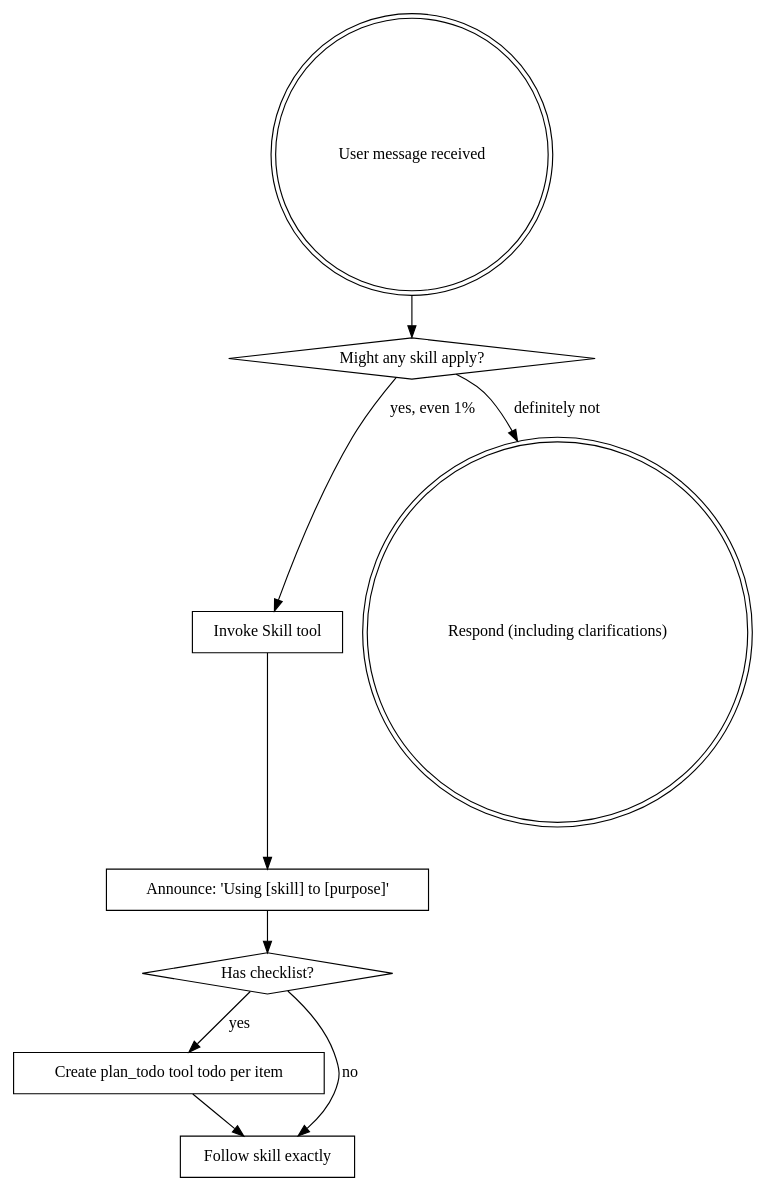
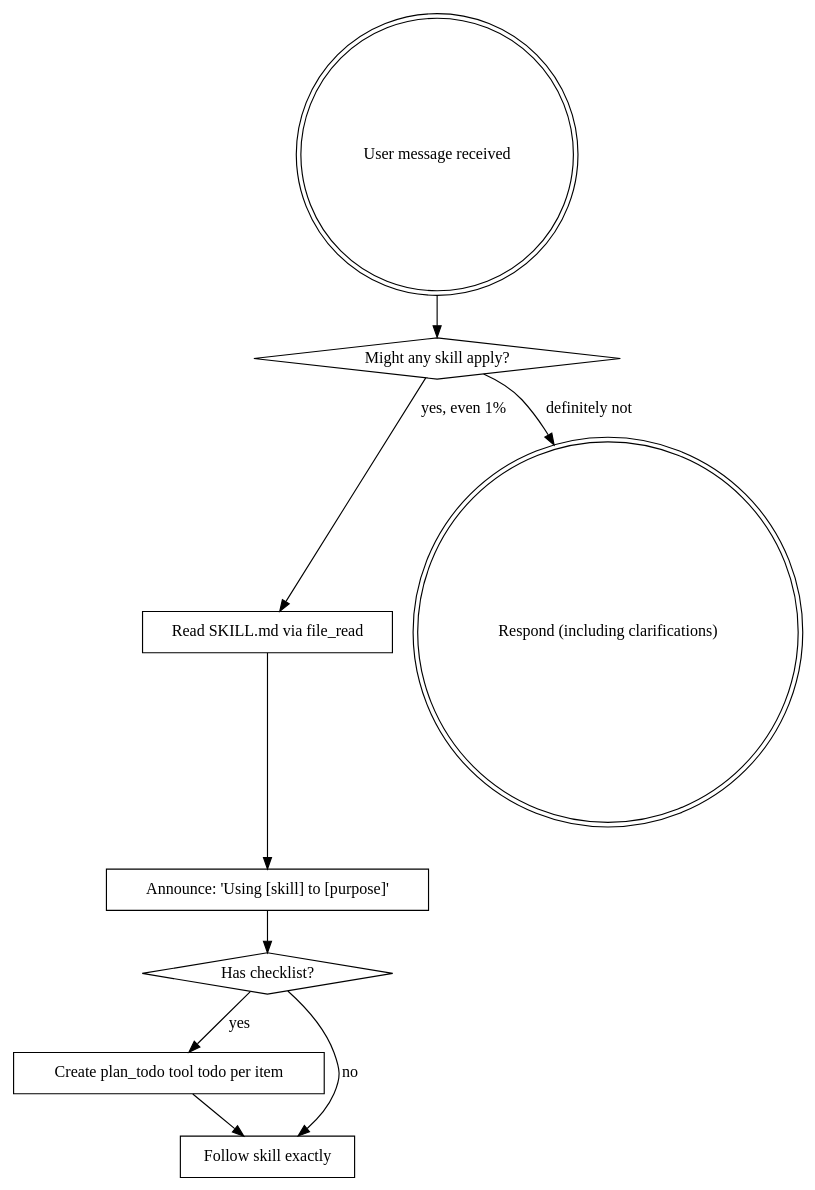
Before and after one commit to njbinbin-piscis/AgentZ: the diagram in bundled/preinstall/skills/using-superpowers/SKILL.md, drawn with Graphviz. The commit also changed other lines of this file and 38 other files, not shown here.

````diff
--- a/bundled/preinstall/skills/using-superpowers/SKILL.md
+++ b/bundled/preinstall/skills/using-superpowers/SKILL.md
@@ -30,21 +31,21 @@
 ```dot
 digraph skill_flow {
     "User message received" [shape=doublecircle];
     "Might any skill apply?" [shape=diamond];
-    "Invoke Skill tool" [shape=box];
+    "Read SKILL.md via file_read" [shape=box];
     "Announce: 'Using [skill] to [purpose]'" [shape=box];
     "Has checklist?" [shape=diamond];
     "Create plan_todo tool todo per item" [shape=box];
     "Follow skill exactly" [shape=box];
     "Respond (including clarifications)" [shape=doublecircle];
 
     "User message received" -> "Might any skill apply?";
-    "Might any skill apply?" -> "Invoke Skill tool" [label="yes, even 1%"];
+    "Might any skill apply?" -> "Read SKILL.md via file_read" [label="yes, even 1%"];
     "Might any skill apply?" -> "Respond (including clarifications)" [label="definitely not"];
-    "Invoke Skill tool" -> "Announce: 'Using [skill] to [purpose]'";
+    "Read SKILL.md via file_read" -> "Announce: 'Using [skill] to [purpose]'";
     "Announce: 'Using [skill] to [purpose]'" -> "Has checklist?";
     "Has checklist?" -> "Create plan_todo tool todo per item" [label="yes"];
     "Has checklist?" -> "Follow skill exactly" [label="no"];
     "Create plan_todo tool todo per item" -> "Follow skill exactly";
 }
 ```
````
